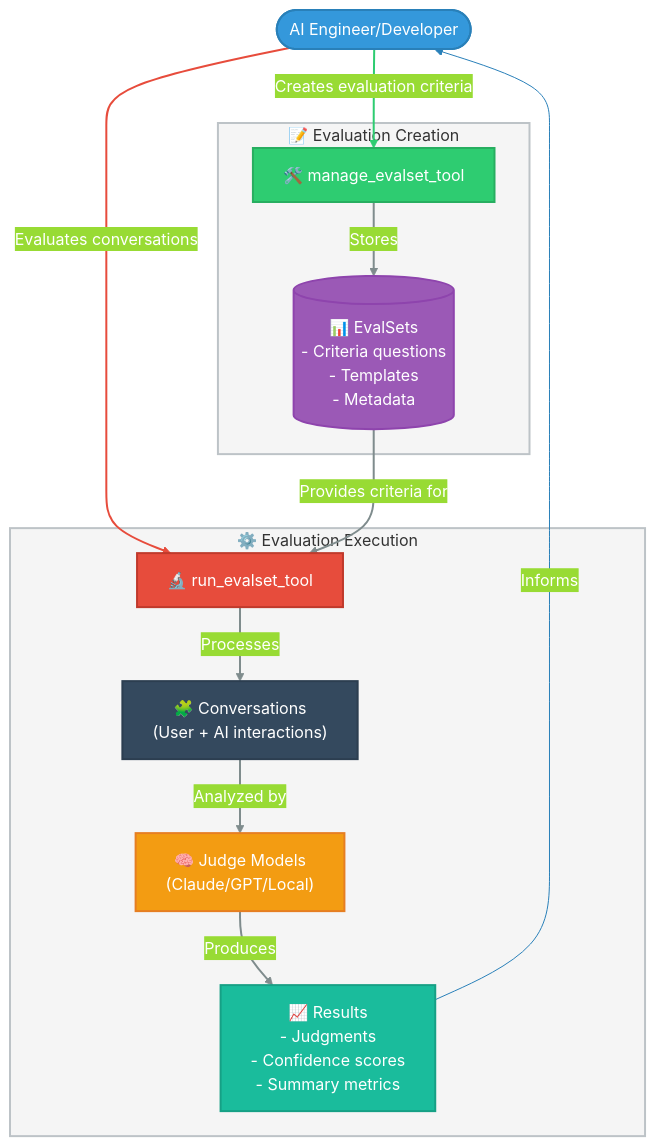
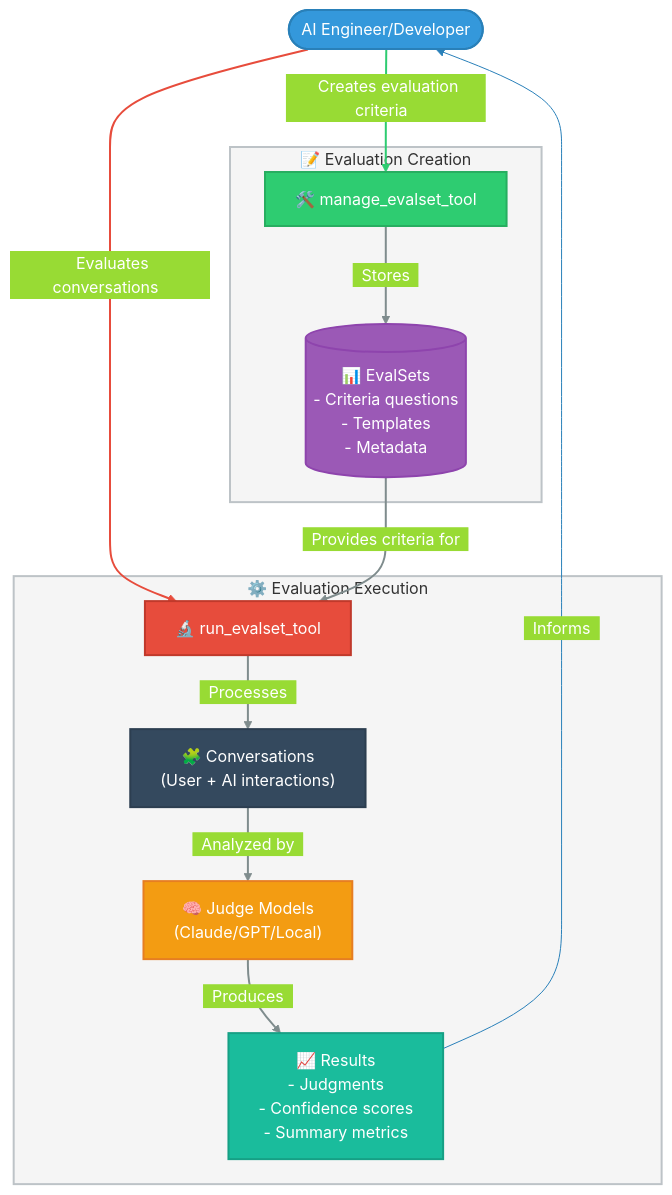
One commit to ericflo/agentoptim changed the first of 2 diagrams in README.md. Above: the diagram before and after it, drawn with Mermaid.

Commit message:
Add padding to mermaid diagram edge labels for better readability
📚 Generated with [Claude Code](https://claude.ai/code)

````diff
--- a/README.md
+++ b/README.md
@@ -47,44 +47,44 @@
 ```mermaid
 %%{init: {'theme': 'base', 'themeVariables': { 'primaryColor': '#3498db', 'primaryTextColor': '#fff', 'lineColor': '#2980b9', 'tertiaryColor': '#f5f5f5'}}}%%
 flowchart TD
-    User([AI Engineer/Developer]) --> |Creates evaluation criteria| A["🛠️ manage_evalset_tool"]
-    User --> |Evaluates conversations| B["🔬 run_evalset_tool"]
+    User([AI Engineer/Developer]) --> |"&nbsp;&nbsp;Creates evaluation criteria&nbsp;&nbsp;"| A["🛠️ manage_evalset_tool"]
+    User --> |"&nbsp;&nbsp;Evaluates conversations&nbsp;&nbsp;"| B["🔬 run_evalset_tool"]
     
     subgraph Creation ["📝 Evaluation Creation"]
-        A --> |Stores| C[("📊 EvalSets\n- Criteria questions\n- Templates\n- Metadata")]
+        A --> |"&nbsp;&nbsp;Stores&nbsp;&nbsp;"| C[("📊 EvalSets\n- Criteria questions\n- Templates\n- Metadata")]
     end
     
     subgraph Execution ["⚙️ Evaluation Execution"]
-        B --> |Processes| E["🧩 Conversations\n(User + AI interactions)"]
-        E --> |Analyzed by| D["🧠 Judge Models\n(Claude/GPT/Local)"]
-        D --> |Produces| F["📈 Results\n- Judgments\n- Confidence scores\n- Summary metrics"]
+        B --> |"&nbsp;&nbsp;Processes&nbsp;&nbsp;"| E["🧩 Conversations\n(User + AI interactions)"]
+        E --> |"&nbsp;&nbsp;Analyzed by&nbsp;&nbsp;"| D["🧠 Judge Models\n(Claude/GPT/Local)"]
+        D --> |"&nbsp;&nbsp;Produces&nbsp;&nbsp;"| F["📈 Results\n- Judgments\n- Confidence scores\n- Summary metrics"]
     end
     
-    C --> |Provides criteria for| B
-    F --> |Informs| User
+    C --> |"&nbsp;&nbsp;Provides criteria for&nbsp;&nbsp;"| B
+    F --> |"&nbsp;&nbsp;Informs&nbsp;&nbsp;"| User
     
     classDef primary fill:#3498db,stroke:#2980b9,color:white,stroke-width:2px;
     classDef tool1 fill:#2ecc71,stroke:#27ae60,color:white,stroke-width:2px;
     classDef tool2 fill:#e74c3c,stroke:#c0392b,color:white,stroke-width:2px;
     classDef storage fill:#9b59b6,stroke:#8e44ad,color:white,stroke-width:2px;
     classDef model fill:#f39c12,stroke:#e67e22,color:white,stroke-width:2px;
     classDef result fill:#1abc9c,stroke:#16a085,color:white,stroke-width:2px;
     classDef conversation fill:#34495e,stroke:#2c3e50,color:white,stroke-width:2px;
     classDef creation fill:#f5f5f5,stroke:#bdc3c7,color:#333,stroke-width:2px;
     classDef execution fill:#f5f5f5,stroke:#bdc3c7,color:#333,stroke-width:2px;
     
     class User primary;
     class A tool1;
     class B tool2;
     class C storage;
     class D model;
     class F result;
     class E conversation;
     class Creation creation;
     class Execution execution;
 
     %% Add tooltip descriptions
     linkStyle 0 stroke:#2ecc71,stroke-width:2px;
     linkStyle 1 stroke:#e74c3c,stroke-width:2px;
     linkStyle 2,3,4,5,6 stroke:#7f8c8d,stroke-width:2px;
 ```
````
